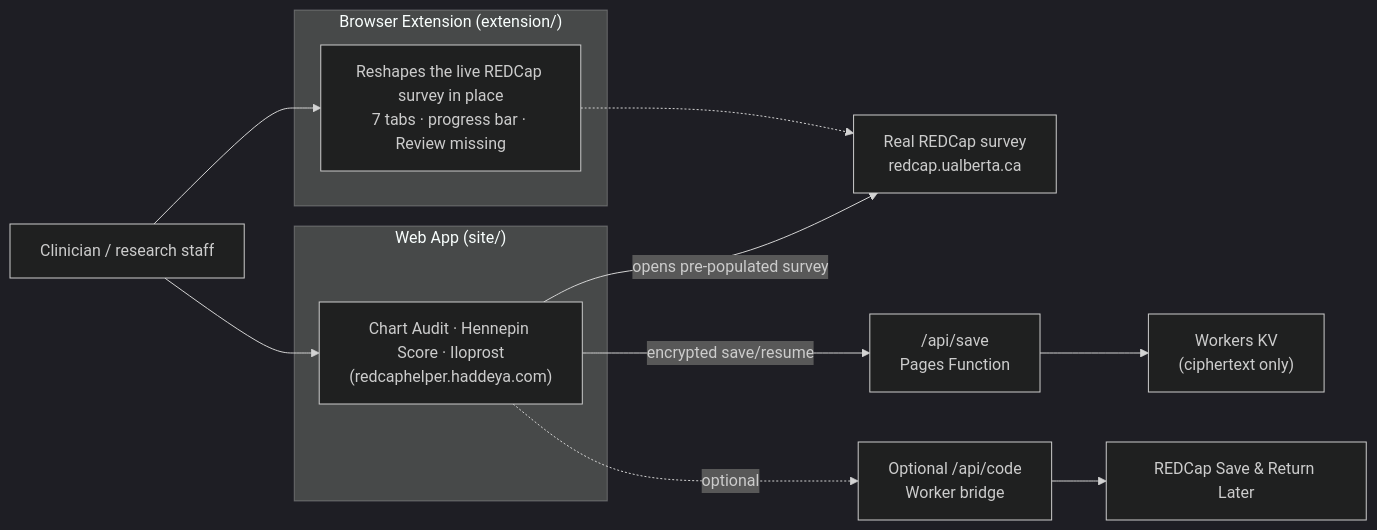
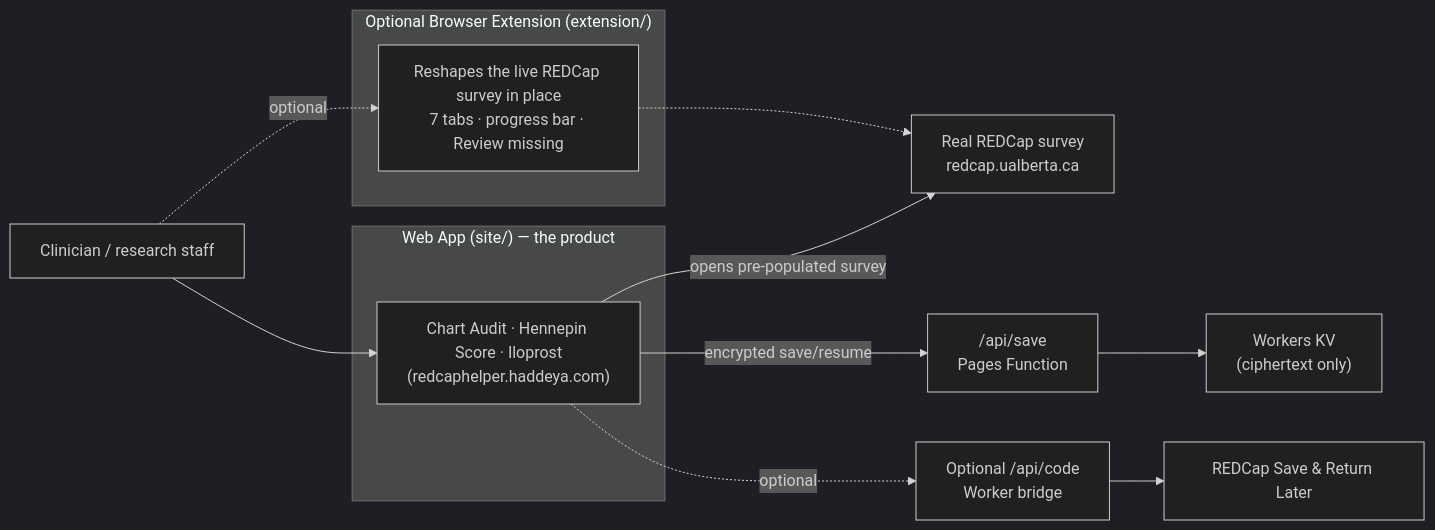
The diagram in README.md (Shozy3/frostbite-redcap-helper), drawn with Mermaid (dark theme) before and after one commit. The commit also changed other lines of this file and 5 other files, not shown here.

First line of the commit message:
docs: reframe README around the hosted web app; author order; roadmap

````diff
--- a/README.md
+++ b/README.md
@@ -102,25 +102,25 @@
 ```mermaid
 flowchart LR
     C["Clinician / research staff"]
 
-    subgraph EXT["Browser Extension (extension/)"]
-        E["Reshapes the live REDCap survey in place<br/>7 tabs · progress bar · Review missing"]
+    subgraph APP["Web App (site/) — the product"]
+        A["Chart Audit · Hennepin Score · Iloprost<br/>(redcaphelper.haddeya.com)"]
     end
 
-    subgraph APP["Web App (site/)"]
-        A["Chart Audit · Hennepin Score · Iloprost<br/>(redcaphelper.haddeya.com)"]
+    subgraph EXT["Optional Browser Extension (extension/)"]
+        E["Reshapes the live REDCap survey in place<br/>7 tabs · progress bar · Review missing"]
     end
 
     R["Real REDCap survey<br/>redcap.ualberta.ca"]
     SAVE["/api/save<br/>Pages Function"]
     KV["Workers KV<br/>(ciphertext only)"]
     BRIDGE["Optional /api/code<br/>Worker bridge"]
     RETURN["REDCap Save & Return Later"]
 
-    C --> E
-    E -.-> R
     C --> A
     A -- "opens pre-populated survey" --> R
     A -- "encrypted save/resume" --> SAVE --> KV
     A -. "optional" .-> BRIDGE --> RETURN
+    C -. "optional" .-> E
+    E -.-> R
 ```
````
